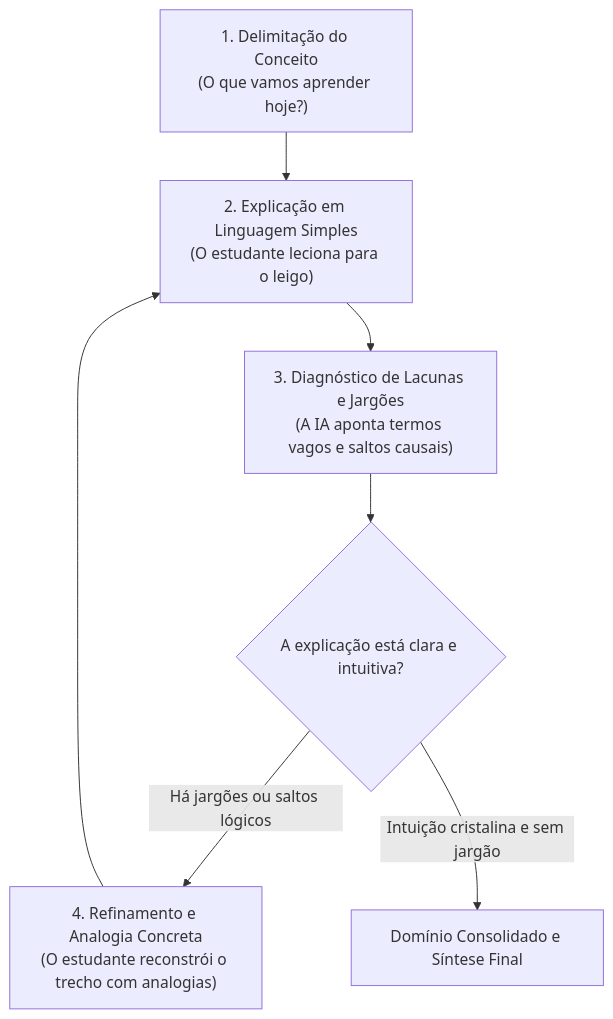
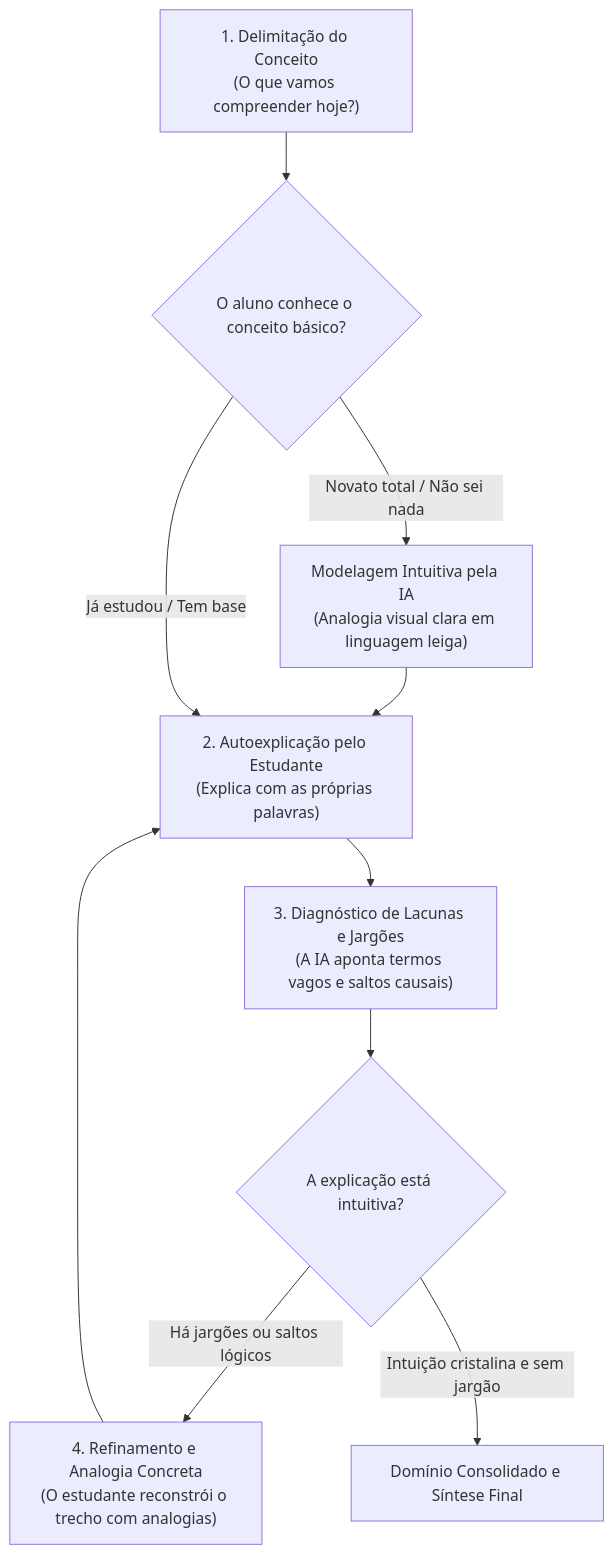
One commit to andrlupi/multi_ai-tutor changed the diagram in skills/tutor-feynman/SKILL.md. Above: the diagram before and after it, drawn with Mermaid. The commit also changed other lines of this file and 18 other files, not shown here.

````diff
--- a/skills/tutor-feynman/SKILL.md
+++ b/skills/tutor-feynman/SKILL.md
@@ -39,9 +39,12 @@
 ```mermaid
 graph TD
-    A["1. Delimitação do Conceito<br>(O que vamos aprender hoje?)"] --> B["2. Explicação em Linguagem Simples<br>(O estudante leciona para o leigo)"]
-    B --> C["3. Diagnóstico de Lacunas e Jargões<br>(A IA aponta termos vagos e saltos causais)"]
-    C --> D{"A explicação está clara e intuitiva?"}
-    D -- "Há jargões ou saltos lógicos" --> E["4. Refinamento e Analogia Concreta<br>(O estudante reconstrói o trecho com analogias)"]
-    E --> B
-    D -- "Intuição cristalina e sem jargão" --> F["Domínio Consolidado e Síntese Final"]
+    A["1. Delimitação do Conceito<br>(O que vamos compreender hoje?)"] --> B{"O aluno conhece o conceito básico?"}
+    B -- "Novato total / Não sei nada" --> C["Modelagem Intuitiva pela IA<br>(Analogia visual clara em linguagem leiga)"]
+    C --> D["2. Autoexplicação pelo Estudante<br>(Explica com as próprias palavras)"]
+    B -- "Já estudou / Tem base" --> D
+    D --> E["3. Diagnóstico de Lacunas e Jargões<br>(A IA aponta termos vagos e saltos causais)"]
+    E --> F{"A explicação está intuitiva?"}
+    F -- "Há jargões ou saltos lógicos" --> G["4. Refinamento e Analogia Concreta<br>(O estudante reconstrói o trecho com analogias)"]
+    G --> D
+    F -- "Intuição cristalina e sem jargão" --> H["Domínio Consolidado e Síntese Final"]
 ```
````
